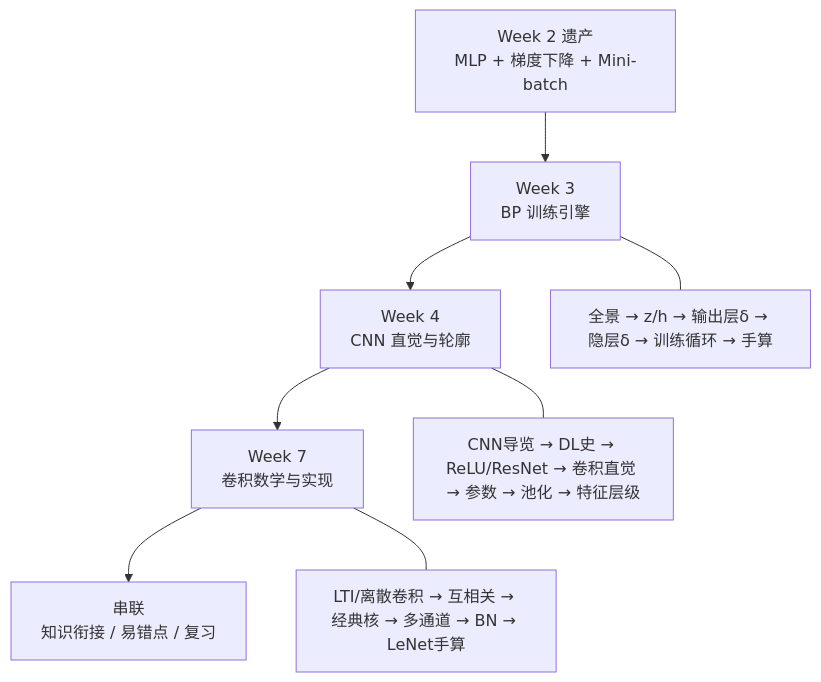
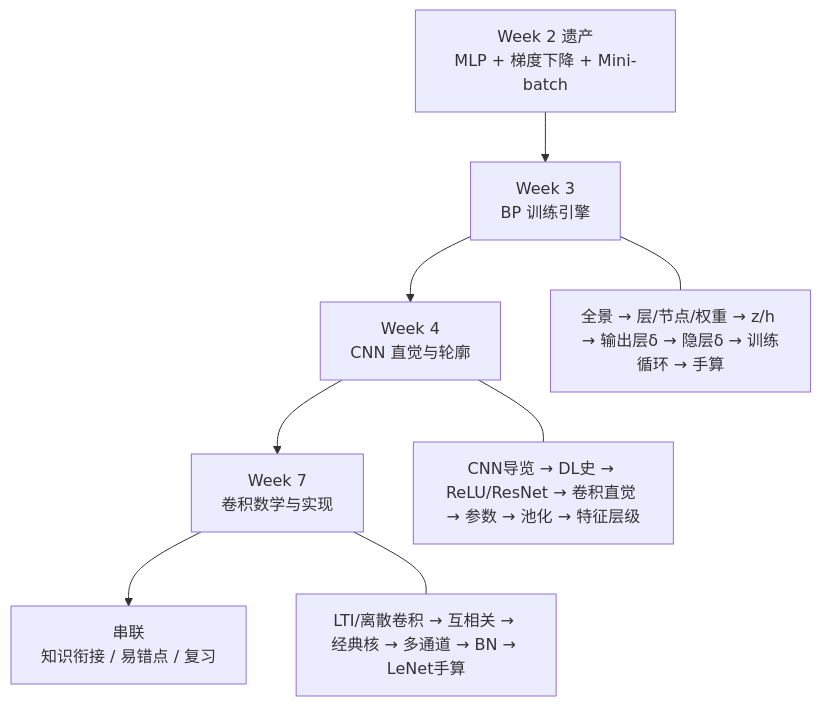
One commit to SummerS-tars/ai-course-guides changed the first of 4 diagrams in guides/AI-Week3-4-学习指南.md. Above: the diagram before and after it, drawn with Mermaid. The commit also changed other lines of this file, not shown here.

````diff
--- a/guides/AI-Week3-4-学习指南.md
+++ b/guides/AI-Week3-4-学习指南.md
@@ -67,17 +67,17 @@
 ```mermaid
 flowchart TB
     W2[Week 2 遗产<br/>MLP + 梯度下降 + Mini-batch]
     W3[Week 3<br/>BP 训练引擎]
     W4[Week 4<br/>CNN 直觉与轮廓]
     W7[Week 7<br/>卷积数学与实现]
     END[串联<br/>知识衔接 / 易错点 / 复习]
 
     W2 --> W3
     W3 --> W4
     W4 --> W7
     W7 --> END
 
-    W3 --- W3a[全景 → z/h → 输出层δ → 隐层δ → 训练循环 → 手算]
+    W3 --- W3a[全景 → 层/节点/权重 → z/h → 输出层δ → 隐层δ → 训练循环 → 手算]
     W4 --- W4a[CNN导览 → DL史 → ReLU/ResNet → 卷积直觉 → 参数 → 池化 → 特征层级]
     W7 --- W7a[LTI/离散卷积 → 互相关 → 经典核 → 多通道 → BN → LeNet手算]
 ```
````
